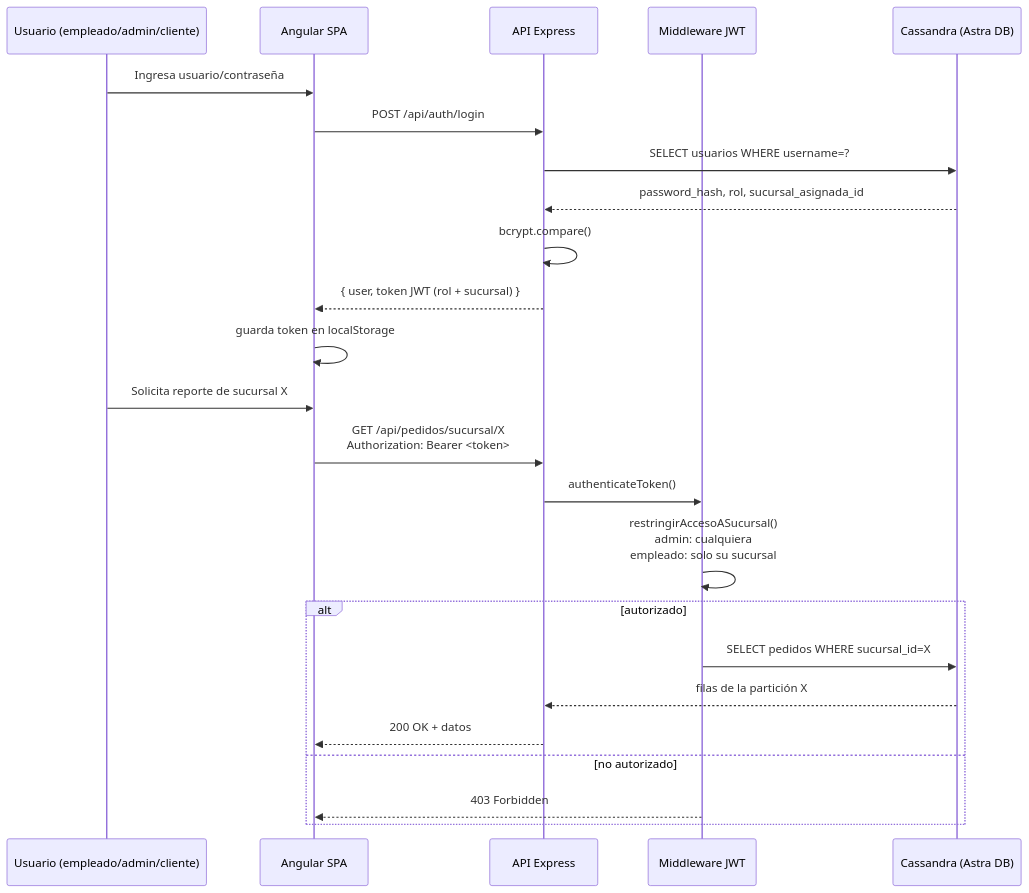
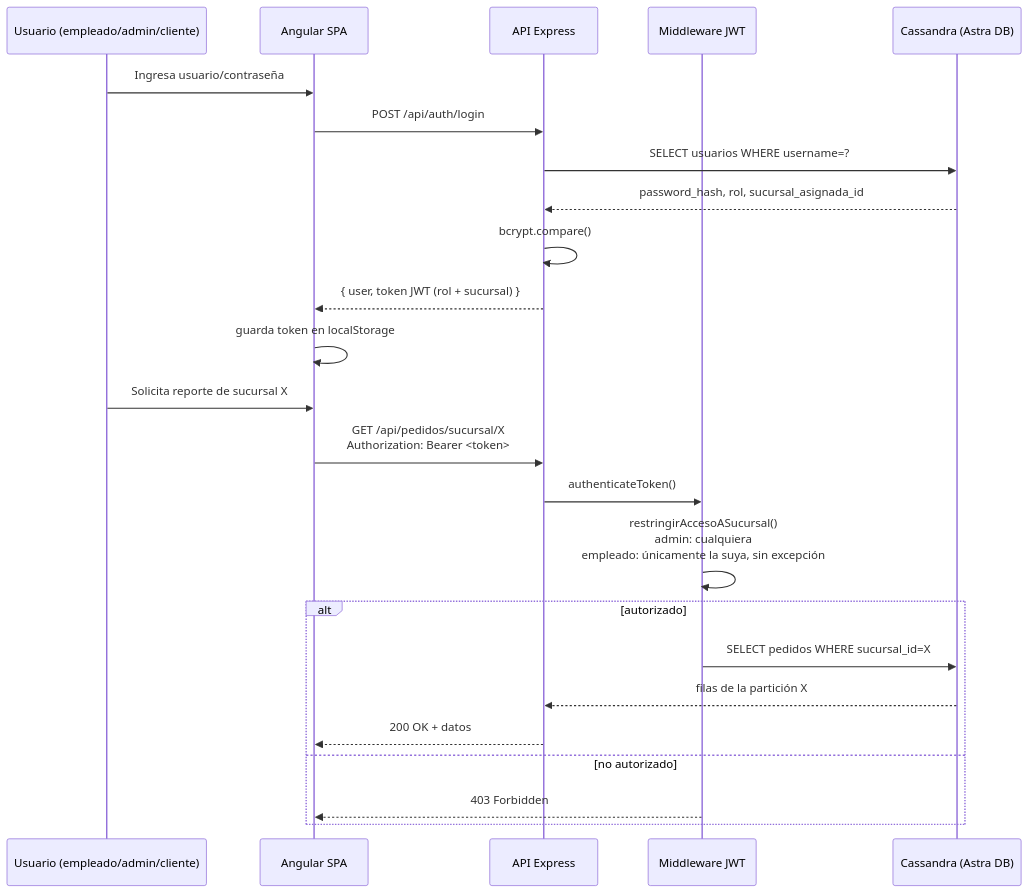
One commit to AlondraAlfaroo/cafeteria-gourmet-mio changed the third of 3 diagrams in README.md. Above: the diagram before and after it, drawn with Mermaid. The commit also changed other lines of this file, not shown here.

````diff
--- a/README.md
+++ b/README.md
@@ -129,28 +131,28 @@
 ```mermaid
 sequenceDiagram
     participant U as Usuario (empleado/admin/cliente)
     participant FE as Angular SPA
     participant BE as API Express
     participant MW as Middleware JWT
     participant DB as Cassandra (Astra DB)
 
     U->>FE: Ingresa usuario/contraseña
     FE->>BE: POST /api/auth/login
     BE->>DB: SELECT usuarios WHERE username=?
     DB-->>BE: password_hash, rol, sucursal_asignada_id
     BE->>BE: bcrypt.compare()
     BE-->>FE: { user, token JWT (rol + sucursal) }
     FE->>FE: guarda token en localStorage
 
     U->>FE: Solicita reporte de sucursal X
     FE->>BE: GET /api/pedidos/sucursal/X<br/>Authorization: Bearer <token>
     BE->>MW: authenticateToken()
-    MW->>MW: restringirAccesoASucursal()<br/>admin: cualquiera<br/>empleado: solo su sucursal
+    MW->>MW: restringirAccesoASucursal()<br/>admin: cualquiera<br/>empleado: únicamente la suya, sin excepción
     alt autorizado
         MW->>DB: SELECT pedidos WHERE sucursal_id=X
         DB-->>BE: filas de la partición X
         BE-->>FE: 200 OK + datos
     else no autorizado
         MW-->>FE: 403 Forbidden
     end
 ```
````
